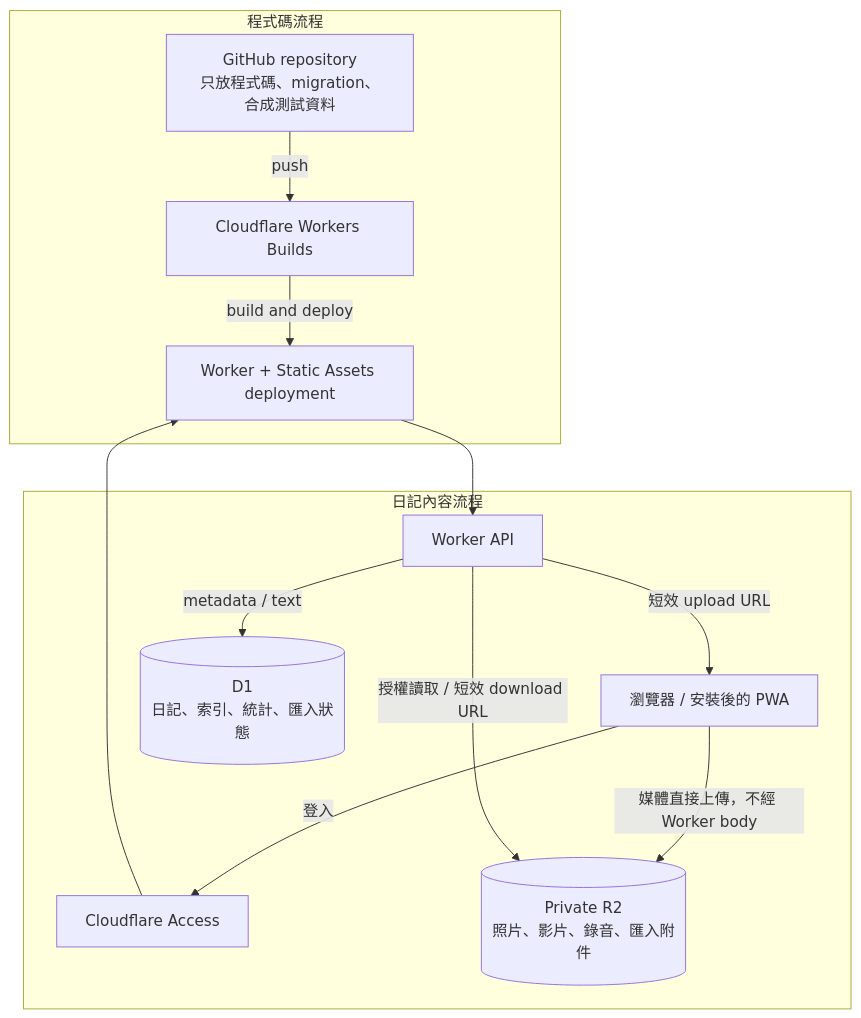
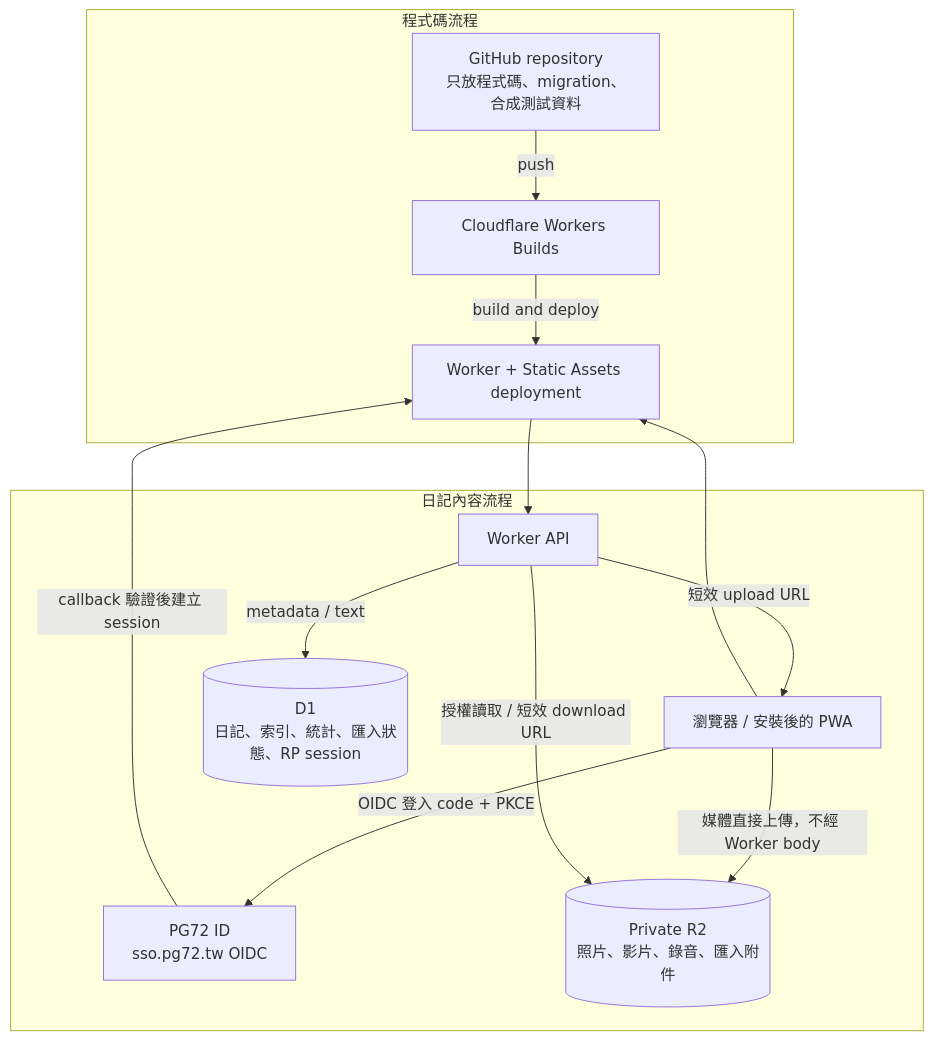
One commit to PGpenguin72/diary.pg72.tw changed the first of 2 diagrams in README.md. Above: the diagram before and after it, drawn with Mermaid. The commit also changed other lines of this file and 31 other files, not shown here.

First line of the commit message:
feat: require PG72 ID OIDC login for remote access

````diff
--- a/README.md
+++ b/README.md
@@ -67,24 +67,26 @@
 ```mermaid
 flowchart TB
     subgraph code[程式碼流程]
         GH[GitHub repository<br/>只放程式碼、migration、合成測試資料]
         WB[Cloudflare Workers Builds]
         DEPLOY[Worker + Static Assets deployment]
         GH -->|push| WB -->|build and deploy| DEPLOY
     end
 
     subgraph content[日記內容流程]
         USER[瀏覽器 / 安裝後的 PWA]
-        ACCESS[Cloudflare Access]
+        SSO[PG72 ID<br/>sso.pg72.tw OIDC]
         API[Worker API]
-        D1[(D1<br/>日記、索引、統計、匯入狀態)]
+        D1[(D1<br/>日記、索引、統計、匯入狀態、RP session)]
         R2[(Private R2<br/>照片、影片、錄音、匯入附件)]
 
-        USER -->|登入| ACCESS --> DEPLOY
+        USER -->|OIDC 登入 code + PKCE| SSO
+        SSO -->|callback 驗證後建立 session| DEPLOY
+        USER --> DEPLOY
         DEPLOY --> API
         API -->|metadata / text| D1
         API -->|短效 upload URL| USER
         USER -->|媒體直接上傳，不經 Worker body| R2
         API -->|授權讀取 / 短效 download URL| R2
     end
 ```
````
